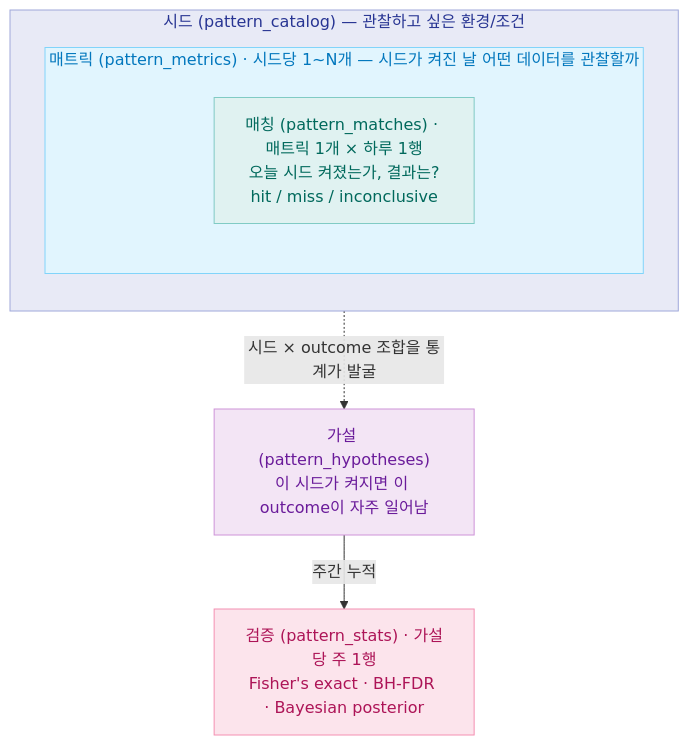
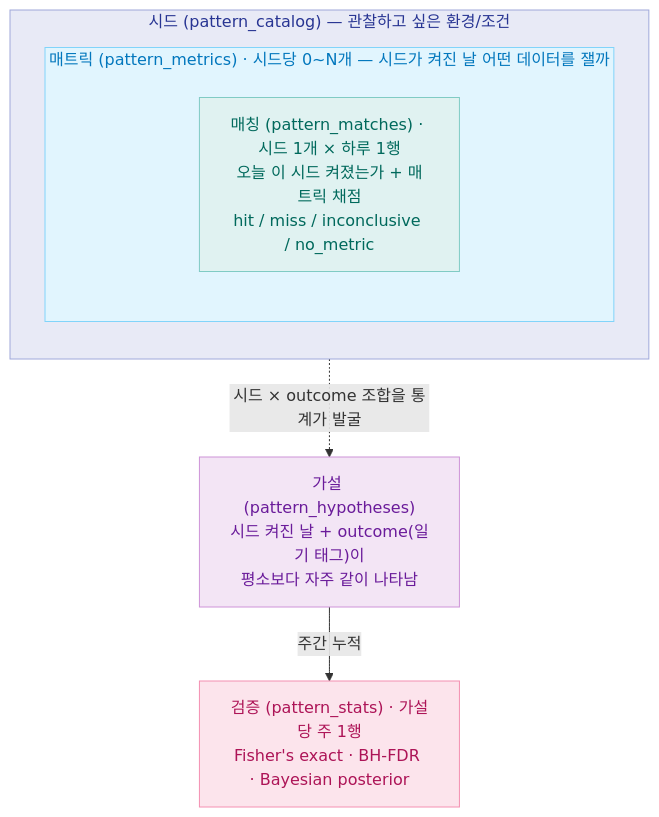
The second of 9 diagrams in docs/explainers/insight-v2.md (hyewon3938/slack-ai-agents), drawn with Mermaid before and after one commit. The commit also changed other lines of this file and 1 other file, not shown here.

````diff
--- a/docs/explainers/insight-v2.md
+++ b/docs/explainers/insight-v2.md
@@ -125,27 +132,27 @@
 ```mermaid
 flowchart TB
   subgraph SEED["시드 (pattern_catalog) — 관찰하고 싶은 환경/조건"]
     direction TB
-    subgraph METRIC["매트릭 (pattern_metrics) · 시드당 1~N개 — 시드가 켜진 날 어떤 데이터를 관찰할까"]
+    subgraph METRIC["매트릭 (pattern_metrics) · 시드당 0~N개 — 시드가 켜진 날 어떤 데이터를 잴까"]
       direction TB
-      MATCH["매칭 (pattern_matches) · 매트릭 1개 × 하루 1행<br/>오늘 시드 켜졌는가, 결과는?<br/>hit / miss / inconclusive"]
+      MATCH["매칭 (pattern_matches) · 시드 1개 × 하루 1행<br/>오늘 이 시드 켜졌는가 + 매트릭 채점<br/>hit / miss / inconclusive / no_metric"]
     end
   end
 
-  HYP["가설 (pattern_hypotheses)<br/>이 시드가 켜지면 이 outcome이 자주 일어남"]
+  HYP["가설 (pattern_hypotheses)<br/>시드 켜진 날 + outcome(일기 태그)이<br/>평소보다 자주 같이 나타남"]
   VER["검증 (pattern_stats) · 가설당 주 1행<br/>Fisher's exact · BH-FDR · Bayesian posterior"]
 
   SEED -. 시드 × outcome 조합을 통계가 발굴 .-> HYP
   HYP -- 주간 누적 --> VER
 
   classDef seedBox fill:#E8EAF6,stroke:#9FA8DA,color:#283593
   classDef metricBox fill:#E1F5FE,stroke:#81D4FA,color:#0277BD
   classDef matchNode fill:#E0F2F1,stroke:#80CBC4,color:#00695C
   classDef hypothesisNode fill:#F3E5F5,stroke:#CE93D8,color:#6A1B9A
   classDef verifyNode fill:#FCE4EC,stroke:#F48FB1,color:#AD1457
   class SEED seedBox
   class METRIC metricBox
   class MATCH matchNode
   class HYP hypothesisNode
   class VER verifyNode
 ```
````
